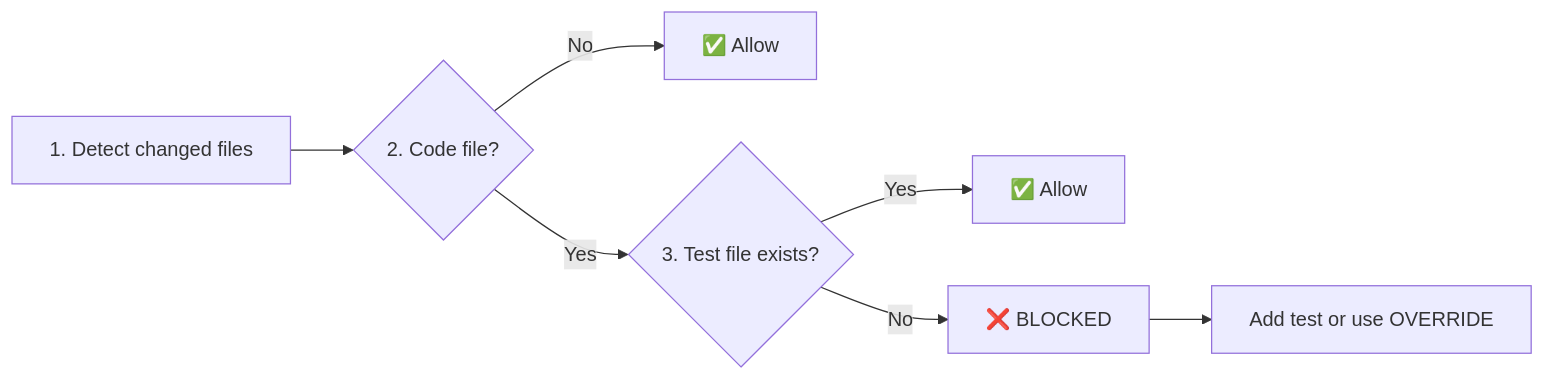
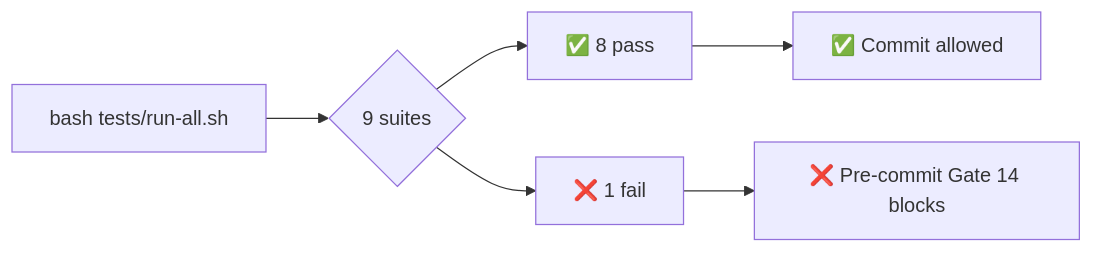
One commit to juandelossantos/another-agent-skills changed the first of 2 diagrams in README.md. Above: the diagram before and after it, drawn with Mermaid. The commit also changed other lines of this file and 3 other files, not shown here.

````diff
--- a/README.md
+++ b/README.md
@@ -122,9 +122,8 @@
 ```mermaid
 flowchart LR
-    A["1. Detect changed files"] --> B{"2. Code file?"}
-    B -->|No| C["✅ Allow"]
-    B -->|Yes| D{"3. Test file exists?"}
-    D -->|Yes| E["✅ Allow"]
-    D -->|No| F["❌ BLOCKED"]
-    F --> G["Add test or use OVERRIDE"]
+    A["bash tests/run-all.sh"] --> B{"9 suites"}
+    B --> C["✅ 8 pass"]
+    B --> D["❌ 1 fail"]
+    C --> E["✅ Commit allowed"]
+    D --> F["❌ Pre-commit Gate 14 blocks"]
 ```
````
